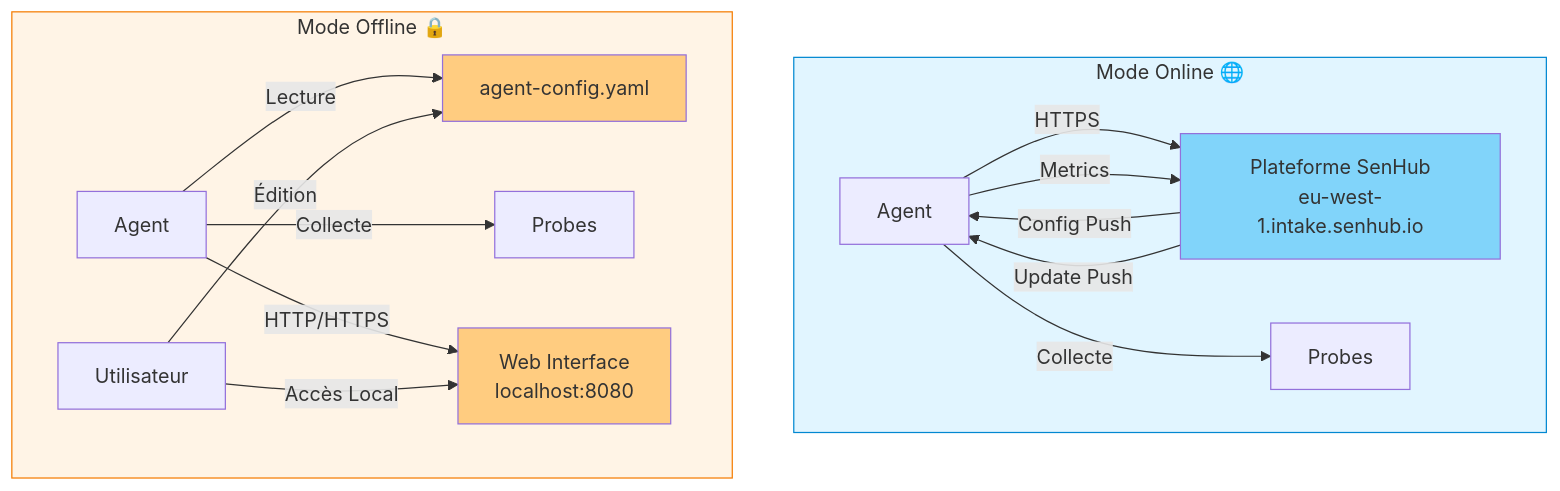
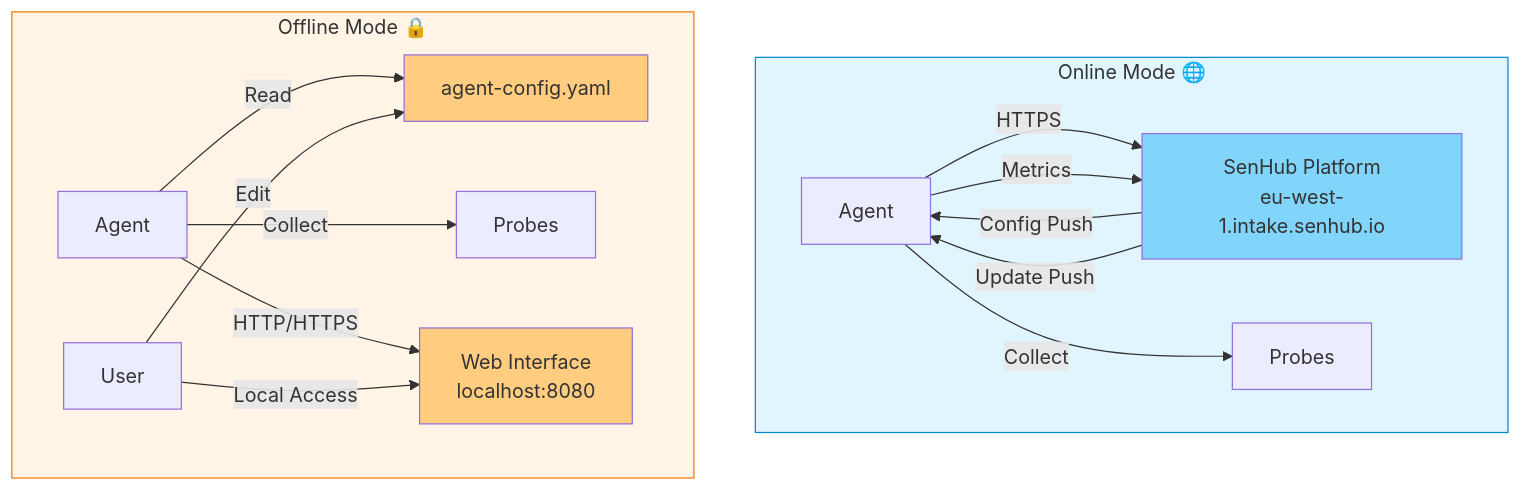
The fifth of 13 diagrams in docs/user-guide/OPERATING-MODES.md (senhub-io/senhub-agent), drawn with Mermaid before and after one commit. The commit also changed other lines of this file and 1 other file, not shown here.

First line of the commit message:
docs(user-guide): translate INSTALLATION and OPERATING-MODES to English

````diff
--- a/docs/user-guide/OPERATING-MODES.md
+++ b/docs/user-guide/OPERATING-MODES.md
@@ -394,24 +394,24 @@
 ```mermaid
 graph TB
-    subgraph Online ["Mode Online 🌐"]
-        A1[Agent] -->|HTTPS| P[Plateforme SenHub<br/>eu-west-1.intake.senhub.io]
-        A1 -->|Collecte| PR1[Probes]
+    subgraph Online ["Online Mode 🌐"]
+        A1[Agent] -->|HTTPS| P[SenHub Platform<br/>eu-west-1.intake.senhub.io]
+        A1 -->|Collect| PR1[Probes]
         P -->|Config Push| A1
         P -->|Update Push| A1
         A1 -->|Metrics| P
     end
 
-    subgraph Offline ["Mode Offline 🔒"]
-        A2[Agent] -->|Lecture| CF[agent-config.yaml]
-        A2 -->|Collecte| PR2[Probes]
+    subgraph Offline ["Offline Mode 🔒"]
+        A2[Agent] -->|Read| CF[agent-config.yaml]
+        A2 -->|Collect| PR2[Probes]
         A2 -->|HTTP/HTTPS| UI[Web Interface<br/>localhost:8080]
-        USER[Utilisateur] -->|Accès Local| UI
-        USER -->|Édition| CF
+        USER[User] -->|Local Access| UI
+        USER -->|Edit| CF
     end
 
     style Online fill:#e1f5ff,stroke:#0288d1
     style Offline fill:#fff4e6,stroke:#f57c00
     style P fill:#81d4fa
     style CF fill:#ffcc80
     style UI fill:#ffcc80
 ```
````
